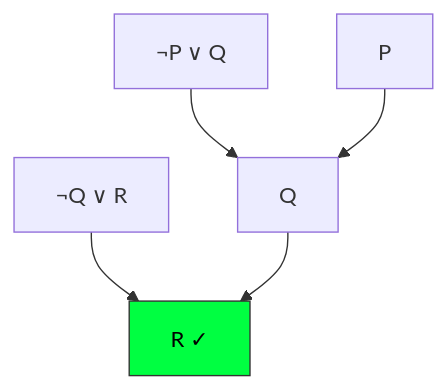
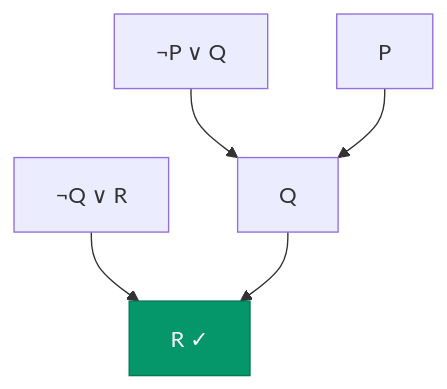
Before and after one commit to NuriaGarciaV/ia_p26: the second of 3 diagrams in clase/03_logica/03_inferencia.md, drawn with Mermaid. The commit also changed other lines of this file and 5 other files, not shown here.

Commit message:
improved mermaid colouring

````diff
--- a/clase/03_logica/03_inferencia.md
+++ b/clase/03_logica/03_inferencia.md
@@ -194,11 +194,11 @@
 ```mermaid
 graph TD
     C1["¬P ∨ Q"] 
     C2["¬Q ∨ R"]
     C3["P"]
     
     C1 & C3 --> D1["Q"]
     C2 & D1 --> D2["R ✓"]
     
-    style D2 fill:#00ff41,stroke:#333,color:#000
+    style D2 fill:#059669,stroke:#047857,color:#fff
 ```
````
